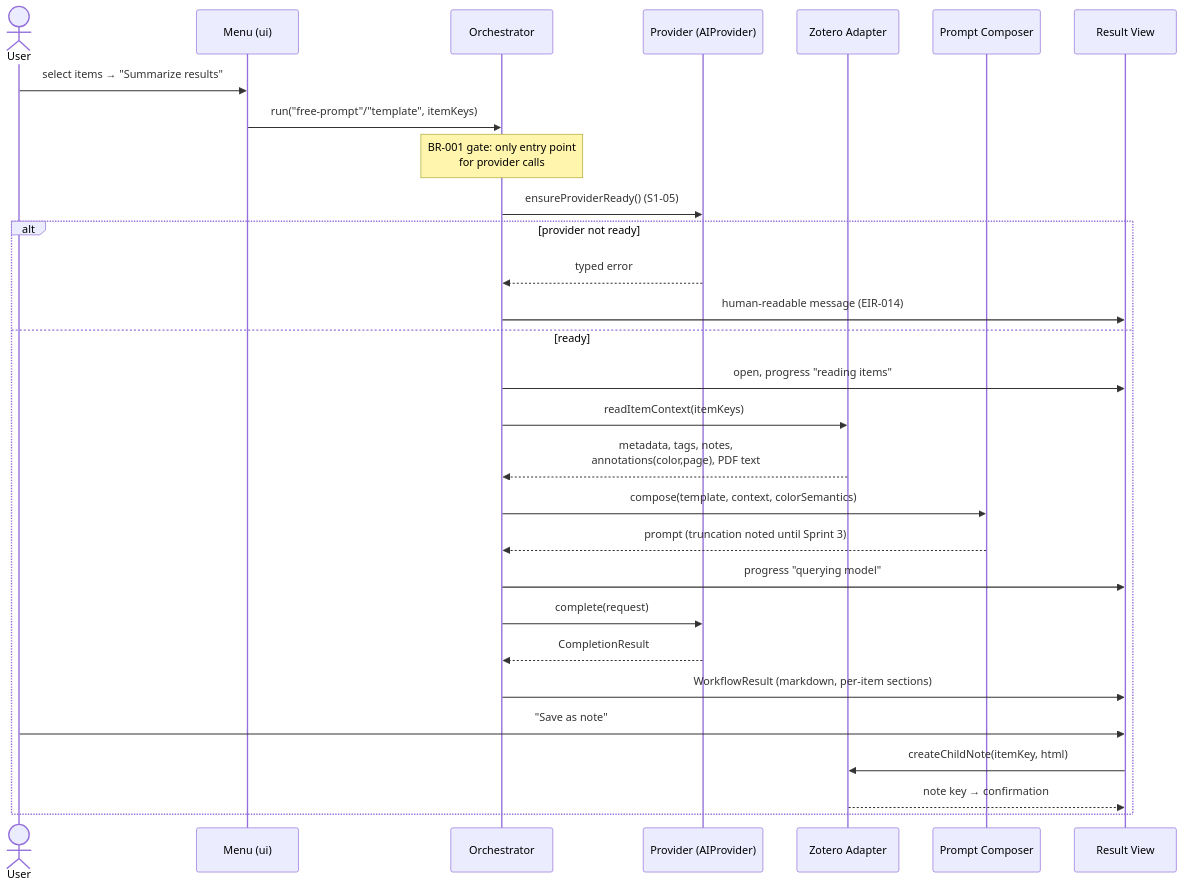
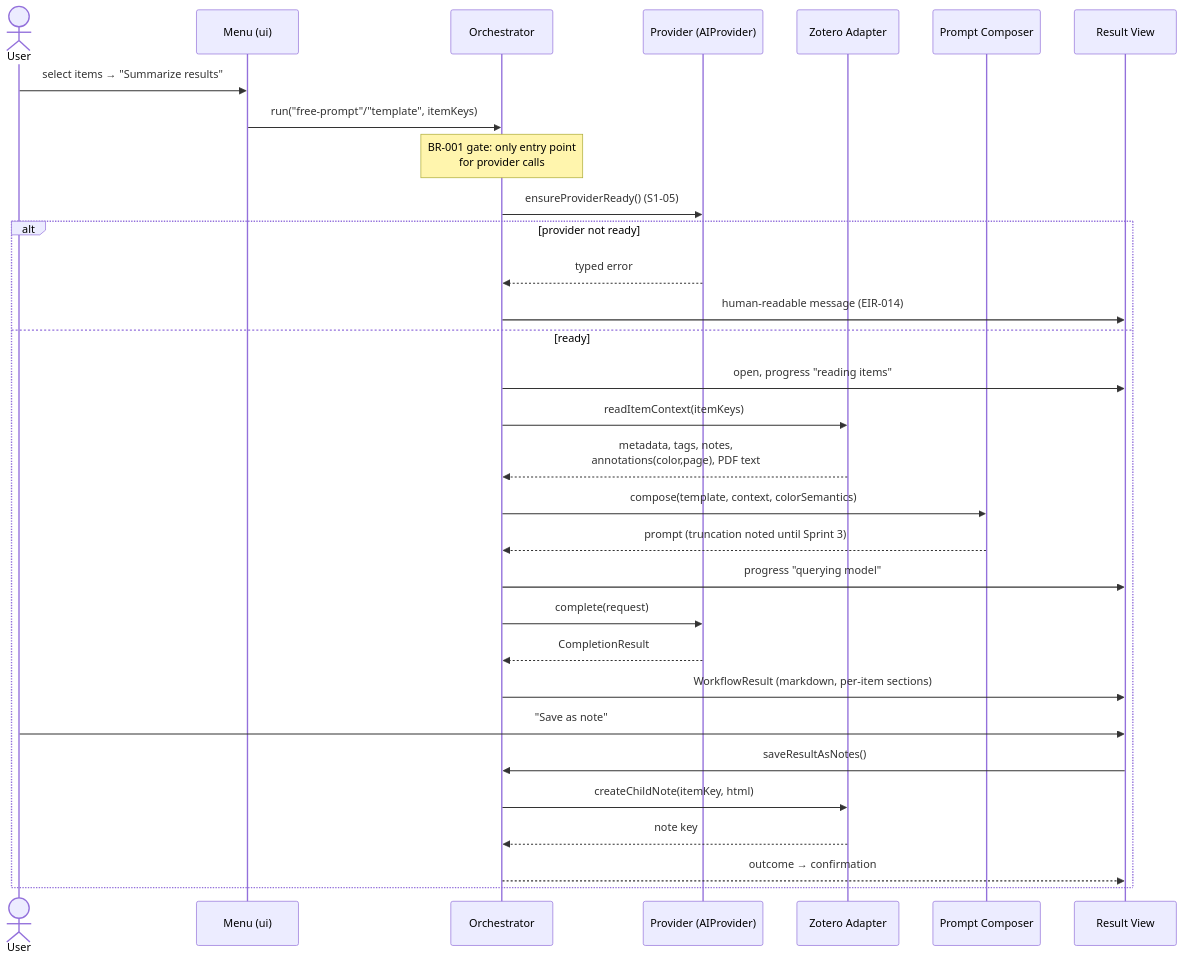
Before and after one commit to theUpsider/zotero-agent: the first of 5 diagrams in docs/architecture/03-runtime-view.md, drawn with Mermaid. The commit also changed other lines of this file and 24 other files, not shown here.

````diff
--- a/docs/architecture/03-runtime-view.md
+++ b/docs/architecture/03-runtime-view.md
@@ -10,32 +10,34 @@
 ```mermaid
 sequenceDiagram
     actor U as User
     participant M as Menu (ui)
     participant O as Orchestrator
     participant P as Provider (AIProvider)
     participant A as Zotero Adapter
     participant C as Prompt Composer
     participant V as Result View
 
     U->>M: select items → "Summarize results"
     M->>O: run("free-prompt"/"template", itemKeys)
     Note over O: BR-001 gate: only entry point<br/>for provider calls
     O->>P: ensureProviderReady() (S1-05)
     alt provider not ready
         P-->>O: typed error
         O->>V: human-readable message (EIR-014)
     else ready
         O->>V: open, progress "reading items"
         O->>A: readItemContext(itemKeys)
         A-->>O: metadata, tags, notes,<br/>annotations(color,page), PDF text
         O->>C: compose(template, context, colorSemantics)
         C-->>O: prompt (truncation noted until Sprint 3)
         O->>V: progress "querying model"
         O->>P: complete(request)
         P-->>O: CompletionResult
         O->>V: WorkflowResult (markdown, per-item sections)
         U->>V: "Save as note"
-        V->>A: createChildNote(itemKey, html)
-        A-->>V: note key → confirmation
+        V->>O: saveResultAsNotes()
+        O->>A: createChildNote(itemKey, html)
+        A-->>O: note key
+        O-->>V: outcome → confirmation
     end
 ```
````
